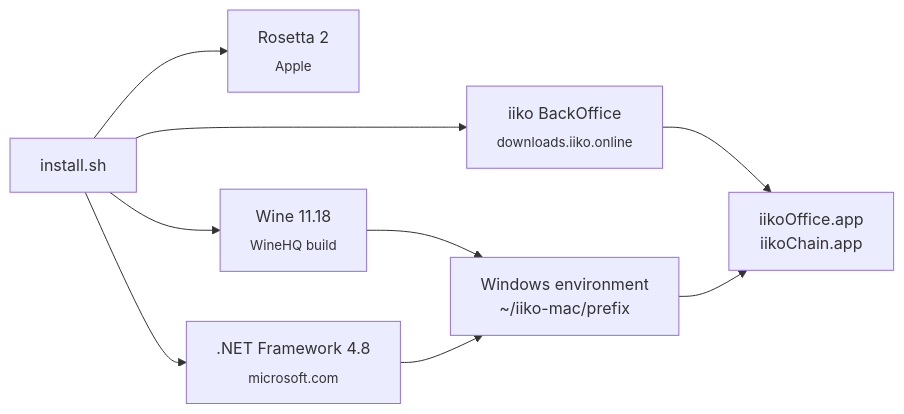
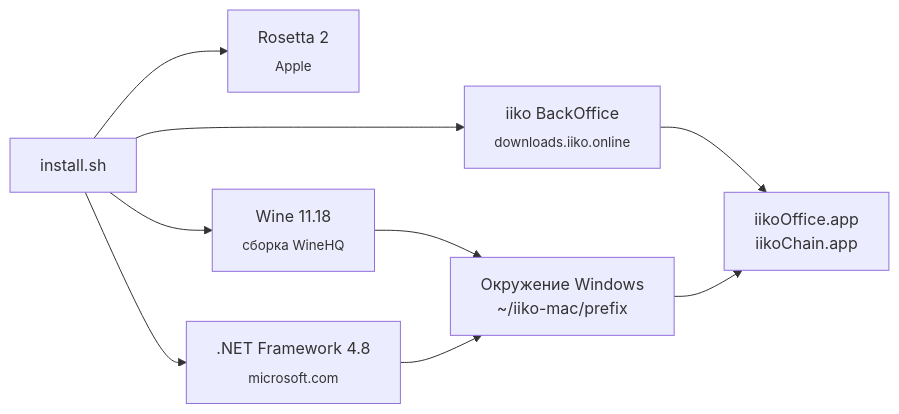
Before and after one commit to azamoviich/iiko-mac: the diagram in README.md, drawn with Mermaid. The commit also changed other lines of this file and 5 other files, not shown here.

````diff
--- a/README.md
+++ b/README.md
@@ -81,11 +91,11 @@
 ```mermaid
 flowchart LR
     A["install.sh"] --> B["Rosetta 2<br/><sub>Apple</sub>"]
-    A --> C["Wine 11.18<br/><sub>WineHQ build</sub>"]
+    A --> C["Wine 11.18<br/><sub>сборка WineHQ</sub>"]
     A --> D[".NET Framework 4.8<br/><sub>microsoft.com</sub>"]
     A --> E["iiko BackOffice<br/><sub>downloads.iiko.online</sub>"]
-    C --> F["Windows environment<br/>~/iiko-mac/prefix"]
+    C --> F["Окружение Windows<br/>~/iiko-mac/prefix"]
     D --> F
     E --> G["iikoOffice.app<br/>iikoChain.app"]
     F --> G
 ```
````
